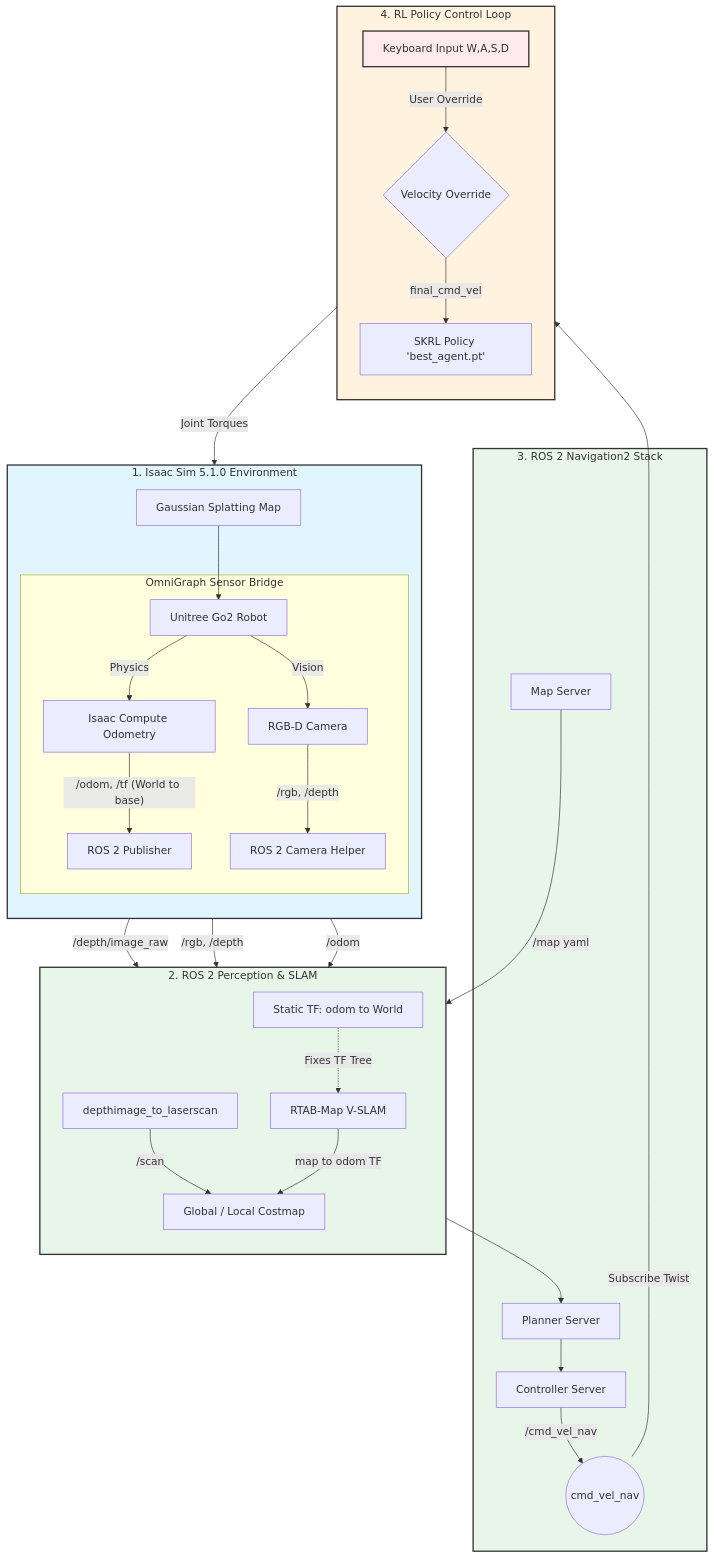
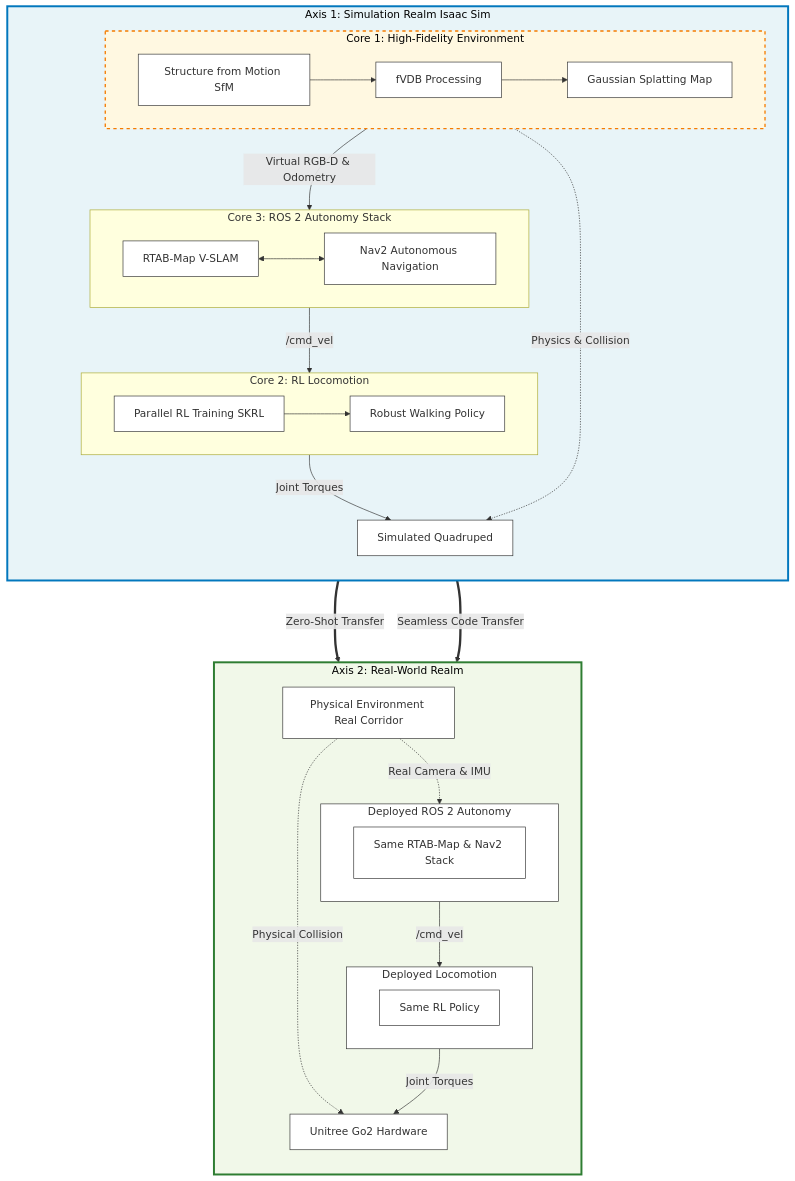
Before and after one commit to CGV-HGU/isaac-go2-ros2: the diagram in docs/architecture.md, drawn with Mermaid. The commit also changed other lines of this file, not shown here.

Commit message:
docs: redesign architecture diagram to emphasize Sim-to-Real axis and 3 core pillars for ICCAS paper

````diff
--- a/docs/architecture.md
+++ b/docs/architecture.md
@@ -7,61 +9,70 @@
 ```mermaid
-graph TD
-    %% 스타일 정의
-    classDef sim fill:#e1f5fe,stroke:#333,stroke-width:2px;
-    classDef ros fill:#e8f5e9,stroke:#333,stroke-width:2px;
-    classDef policy fill:#fff3e0,stroke:#333,stroke-width:2px;
-    classDef user fill:#ffebee,stroke:#333,stroke-width:2px;
+flowchart TB
+    %% Styling
+    classDef simRealm fill:#e8f4f8,stroke:#0277bd,stroke-width:3px,color:#000;
+    classDef realRealm fill:#f1f8e9,stroke:#2e7d32,stroke-width:3px,color:#000;
+    classDef corePillar fill:#fff8e1,stroke:#f57c00,stroke-width:2px,color:#000,stroke-dasharray: 5 5;
+    classDef default fill:#ffffff,stroke:#333,stroke-width:1px;
 
-    %% 1. Isaac Sim 영역
-    subgraph Isaac_Sim [1. Isaac Sim 5.1.0 Environment]
+    %% Axis 1: Simulation
+    subgraph Sim_Realm [Axis 1: Simulation Realm Isaac Sim]
         direction TB
-        Env[Gaussian Splatting Map] --> Robot[Unitree Go2 Robot]
         
-        subgraph OmniGraph [OmniGraph Sensor Bridge]
-            Robot -->|Physics| IsaacOdom[Isaac Compute Odometry]
-            Robot -->|Vision| IsaacCam[RGB-D Camera]
-            
-            IsaacOdom -->|"/odom, /tf (World to base)"| ROS2OdomPub[ROS 2 Publisher]
-            IsaacCam -->|/rgb, /depth| ROS2CamPub[ROS 2 Camera Helper]
+        %% Pillar 1
+        subgraph Pillar1 [Core 1: High-Fidelity Environment]
+            direction LR
+            SfM[Structure from Motion SfM] --> fVDB[fVDB Processing]
+            fVDB --> GS[Gaussian Splatting Map]
         end
+        class Pillar1 corePillar
+        
+        %% Pillar 2
+        subgraph Pillar2 [Core 2: RL Locomotion]
+            direction LR
+            Train[Parallel RL Training SKRL] --> Policy[Robust Walking Policy]
+        end
+        class Pillar2 corePillar
+
+        %% Pillar 3
+        subgraph Pillar3 [Core 3: ROS 2 Autonomy Stack]
+            direction LR
+            SLAM[RTAB-Map V-SLAM] <--> Nav[Nav2 Autonomous Navigation]
+        end
+        class Pillar3 corePillar
+
+        %% Connections within Sim
+        GS --> |"Virtual RGB-D & Odometry"| Pillar3
+        Pillar3 --> |"/cmd_vel"| Pillar2
+        Pillar2 --> |"Joint Torques"| SimRobot[Simulated Quadruped]
+        GS -.-> |"Physics & Collision"| SimRobot
     end
-    class Isaac_Sim sim;
+    class Sim_Realm simRealm
 
-    %% 2. ROS 2 영역 (Perception & SLAM)
-    subgraph ROS2_Perception [2. ROS 2 Perception & SLAM]
+    %% Sim-to-Real Transfer Arrows
+    Pillar2 ===>|"Zero-Shot Transfer"| Policy_Real
+    Pillar3 ===>|"Seamless Code Transfer"| Autonomy_Real
+
+    %% Axis 2: Real-World
+    subgraph Real_Realm [Axis 2: Real-World Realm]
         direction TB
-        ROS2CamPub -->|/depth/image_raw| DepthToScan[depthimage_to_laserscan]
-        DepthToScan -->|/scan| Nav2Costmap
         
-        ROS2CamPub -->|/rgb, /depth| RTABMap[RTAB-Map V-SLAM]
-        ROS2OdomPub -->|/odom| RTABMap
+        RealEnv[Physical Environment Real Corridor] -.-> |"Real Camera & IMU"| Autonomy_Real
         
-        StaticTF[Static TF: odom to World] -.-> |Fixes TF Tree| RTABMap
+        subgraph RealAutonomy [Deployed ROS 2 Autonomy]
+            direction LR
+            Autonomy_Real[Same RTAB-Map & Nav2 Stack]
+        end
+        class RealAutonomy default
+        
+        subgraph RealPolicy [Deployed Locomotion]
+            direction LR
+            Policy_Real[Same RL Policy]
+        end
+        class RealPolicy default
+        
+        Autonomy_Real --> |"/cmd_vel"| Policy_Real
+        Policy_Real --> |"Joint Torques"| RealRobot[Unitree Go2 Hardware]
+        RealEnv -.-> |"Physical Collision"| RealRobot
     end
-    class ROS2_Perception ros;
-
-    %% 3. ROS 2 영역 (Navigation)
-    subgraph ROS2_Navigation [3. ROS 2 Navigation2 Stack]
-        MapServer[Map Server] -->|/map yaml| Nav2Costmap[Global / Local Costmap]
-        RTABMap -->|map to odom TF| Nav2Costmap
-        
-        Nav2Costmap --> Planner[Planner Server]
-        Planner --> Controller[Controller Server]
-        
-        Controller -->|/cmd_vel_nav| CmdVelOut((cmd_vel_nav))
-    end
-    class ROS2_Navigation ros;
-
-    %% 4. 강화학습(RL) 제어 영역
-    subgraph RL_Control [4. RL Policy Control Loop]
-        direction TB
-        CmdVelOut -->|Subscribe Twist| VelocitySelector{Velocity Override}
-        
-        Keyboard[Keyboard Input W,A,S,D] -->|User Override| VelocitySelector
-        
-        VelocitySelector -->|final_cmd_vel| SKRL[SKRL Policy 'best_agent.pt']
-        SKRL -->|Joint Torques| Robot
-    end
-    class RL_Control policy;
-    class Keyboard user;
+    class Real_Realm realRealm
 ```
````
